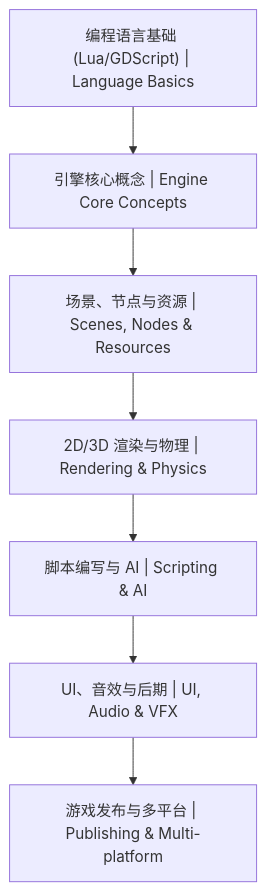
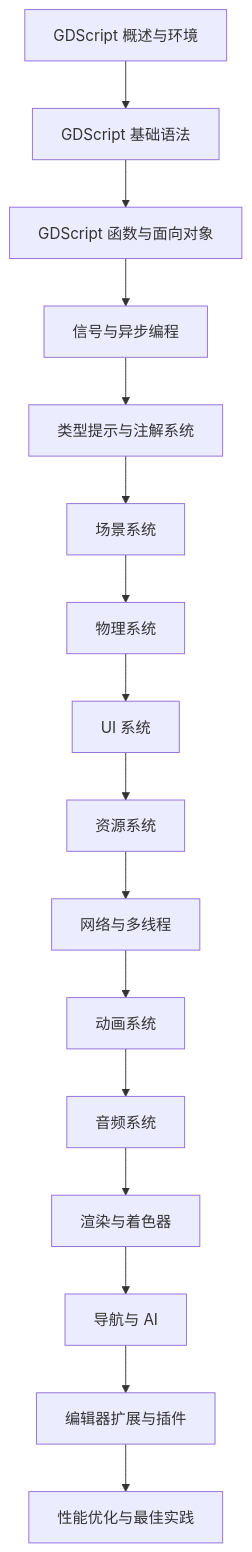
One commit to fanquanpp/MyNotebook changed the diagram in 15-Godot/README.md. Above: the diagram before and after it, drawn with Mermaid. The commit also changed other lines of this file and 358 other files, not shown here.

````diff
--- a/15-Godot/README.md
+++ b/15-Godot/README.md
@@ -33,9 +35,18 @@
 ```mermaid
 graph TD
-    A["编程语言基础 (Lua/GDScript) | Language Basics"] --> B["引擎核心概念 | Engine Core Concepts"]
-    B --> C["场景、节点与资源 | Scenes, Nodes & Resources"]
-    C --> D["2D/3D 渲染与物理 | Rendering & Physics"]
-    D --> E["脚本编写与 AI | Scripting & AI"]
-    E --> F["UI、音效与后期 | UI, Audio & VFX"]
-    F --> G["游戏发布与多平台 | Publishing & Multi-platform"]
+    A["GDScript 概述与环境"] --> B["GDScript 基础语法"]
+    B --> C["GDScript 函数与面向对象"]
+    C --> D["信号与异步编程"]
+    D --> E["类型提示与注解系统"]
+    E --> F["场景系统"]
+    F --> G["物理系统"]
+    G --> H["UI 系统"]
+    H --> I["资源系统"]
+    I --> J["网络与多线程"]
+    J --> K["动画系统"]
+    K --> L["音频系统"]
+    L --> M["渲染与着色器"]
+    M --> N["导航与 AI"]
+    N --> O["编辑器扩展与插件"]
+    O --> P["性能优化与最佳实践"]
 ```
````
